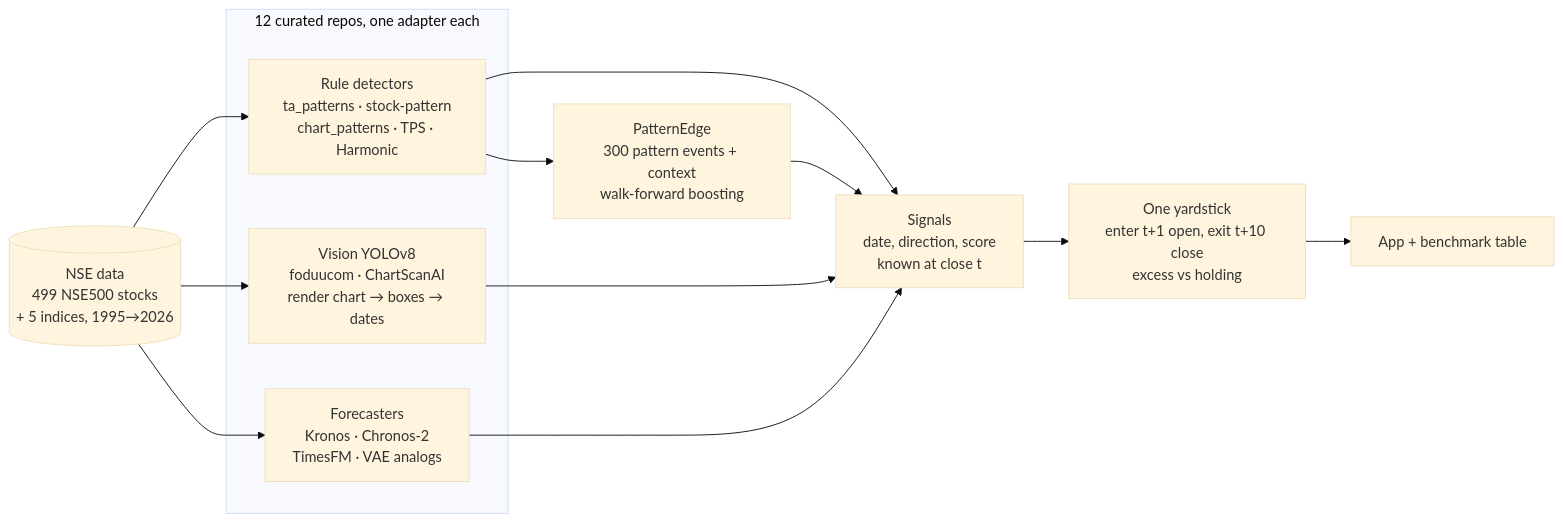
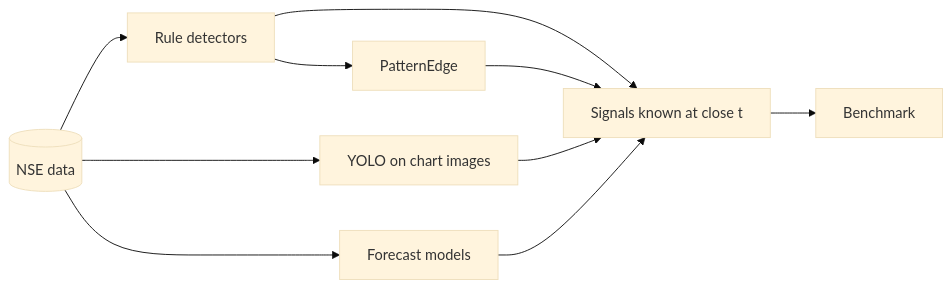
Before and after one commit to MananPoojara/chart-pattern-detector: the diagram in README.md, drawn with Mermaid (base theme). The commit also changed other lines of this file, not shown here.

````diff
--- a/README.md
+++ b/README.md
@@ -27,14 +13,6 @@
 ```mermaid
 flowchart LR
-    D[(NSE data<br/>499 NSE500 stocks<br/>+ 5 indices, 1995→2026)] --> R & V & F
-    subgraph Repos[" 12 curated repos, one adapter each "]
-      R[Rule detectors<br/>ta_patterns · stock-pattern<br/>chart_patterns · TPS · Harmonic]
-      V[Vision YOLOv8<br/>foduucom · ChartScanAI<br/>render chart → boxes → dates]
-      F[Forecasters<br/>Kronos · Chronos-2<br/>TimesFM · VAE analogs]
-    end
-    R & V & F --> S[Signals<br/>date, direction, score<br/>known at close t]
-    S --> E[One yardstick<br/>enter t+1 open, exit t+10 close<br/>excess vs holding]
-    R --> P[PatternEdge<br/>300 pattern events + context<br/>walk-forward boosting]
-    P --> S
-    E --> A[App + benchmark table]
+    D[(NSE data)] --> R[Rule detectors] & V[YOLO on chart images] & F[Forecast models]
+    R & V & F --> S[Signals known at close t] --> B[Benchmark]
+    R --> P[PatternEdge] --> S
 ```
````
